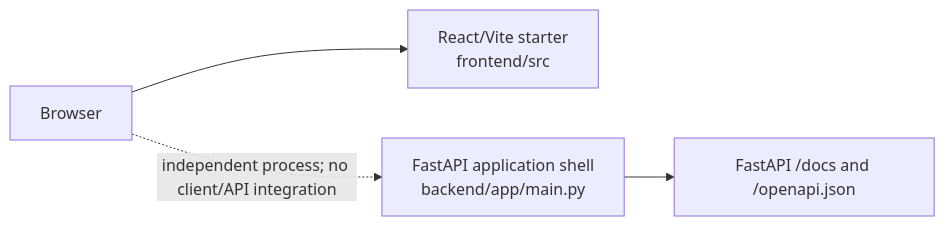
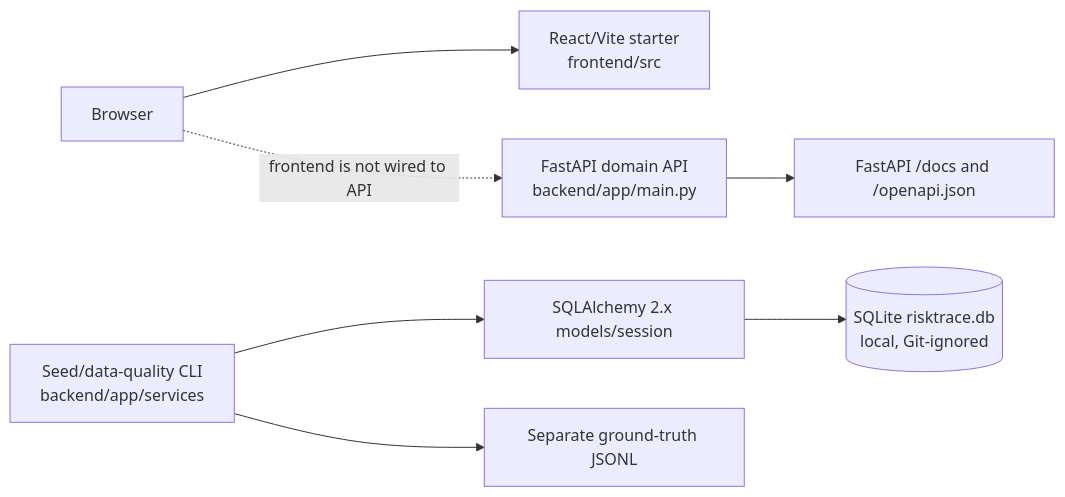
Before and after one commit to yagnaakula229/YottaFlex.Ai-Round4: the first of 4 diagrams in docs/project_handover/ARCHITECTURE_REFERENCE.md, drawn with Mermaid. The commit also changed other lines of this file and 26 other files, not shown here.

````diff
--- a/docs/project_handover/ARCHITECTURE_REFERENCE.md
+++ b/docs/project_handover/ARCHITECTURE_REFERENCE.md
@@ -7,10 +7,16 @@
 ```mermaid
 flowchart LR
     Browser["Browser"]
     React["React/Vite starter<br/>frontend/src"]
-    FastAPI["FastAPI application shell<br/>backend/app/main.py"]
+    FastAPI["FastAPI domain API<br/>backend/app/main.py"]
     FrameworkDocs["FastAPI /docs and /openapi.json"]
+    Seed["Seed/data-quality CLI<br/>backend/app/services"]
+    ORM["SQLAlchemy 2.x models/session"]
+    DB[("SQLite risktrace.db<br/>local, Git-ignored")]
+    Truth["Separate ground-truth JSONL"]
     Browser --> React
-    Browser -. "independent process; no client/API integration" .-> FastAPI
+    Browser -. "frontend is not wired to API" .-> FastAPI
     FastAPI --> FrameworkDocs
+    Seed --> ORM --> DB
+    Seed --> Truth
 ```
````
